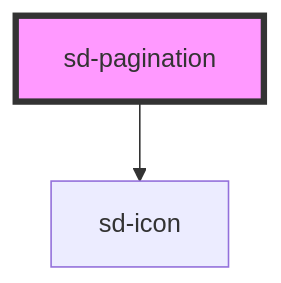
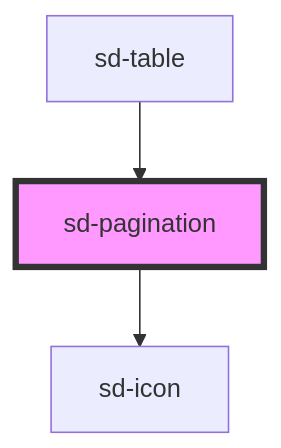
Before and after one commit to kmeijjing/stencil-test: the diagram in packages/stencil/src/components/sd-pagination/readme.md, drawn with Mermaid. The commit also changed other lines of this file and 5 other files, not shown here.

Commit message:
feat: enhance SdTable component with resizable columns and pagination; add bodyCellRenderer for custom cell rendering

````diff
--- a/packages/stencil/src/components/sd-pagination/readme.md
+++ b/packages/stencil/src/components/sd-pagination/readme.md
@@ -31,5 +35,6 @@
 ```mermaid
 graph TD;
   sd-pagination --> sd-icon
+  sd-table --> sd-pagination
   style sd-pagination fill:#f9f,stroke:#333,stroke-width:4px
 ```
````
